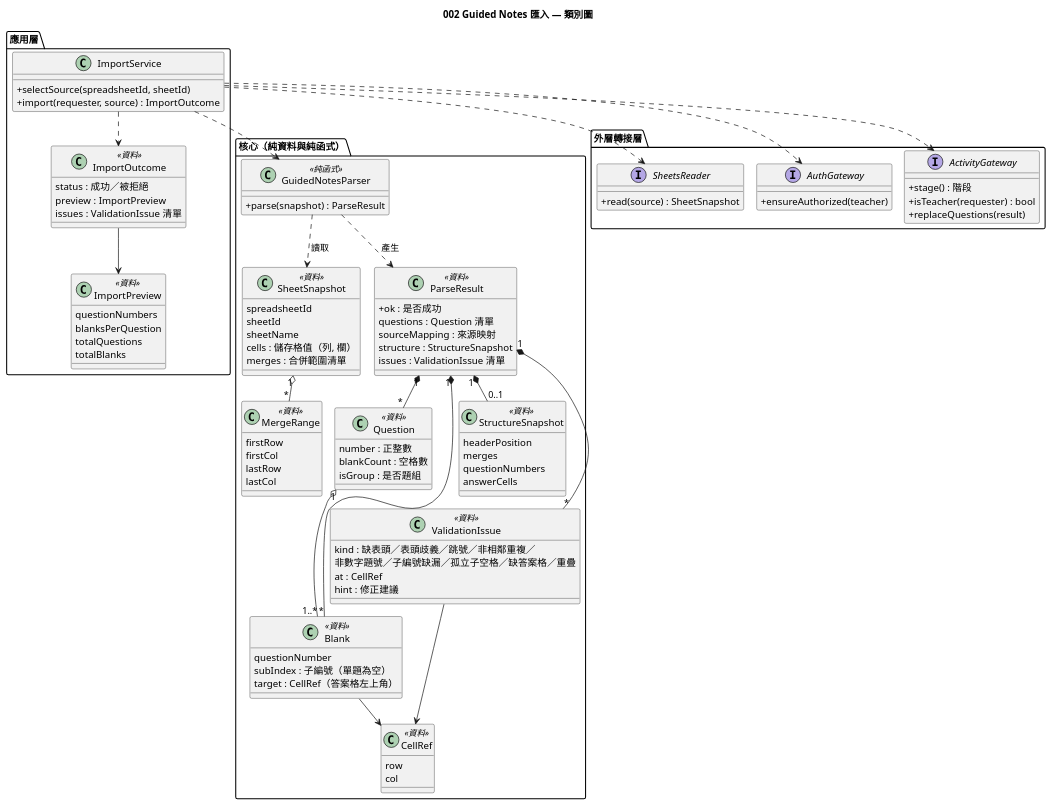
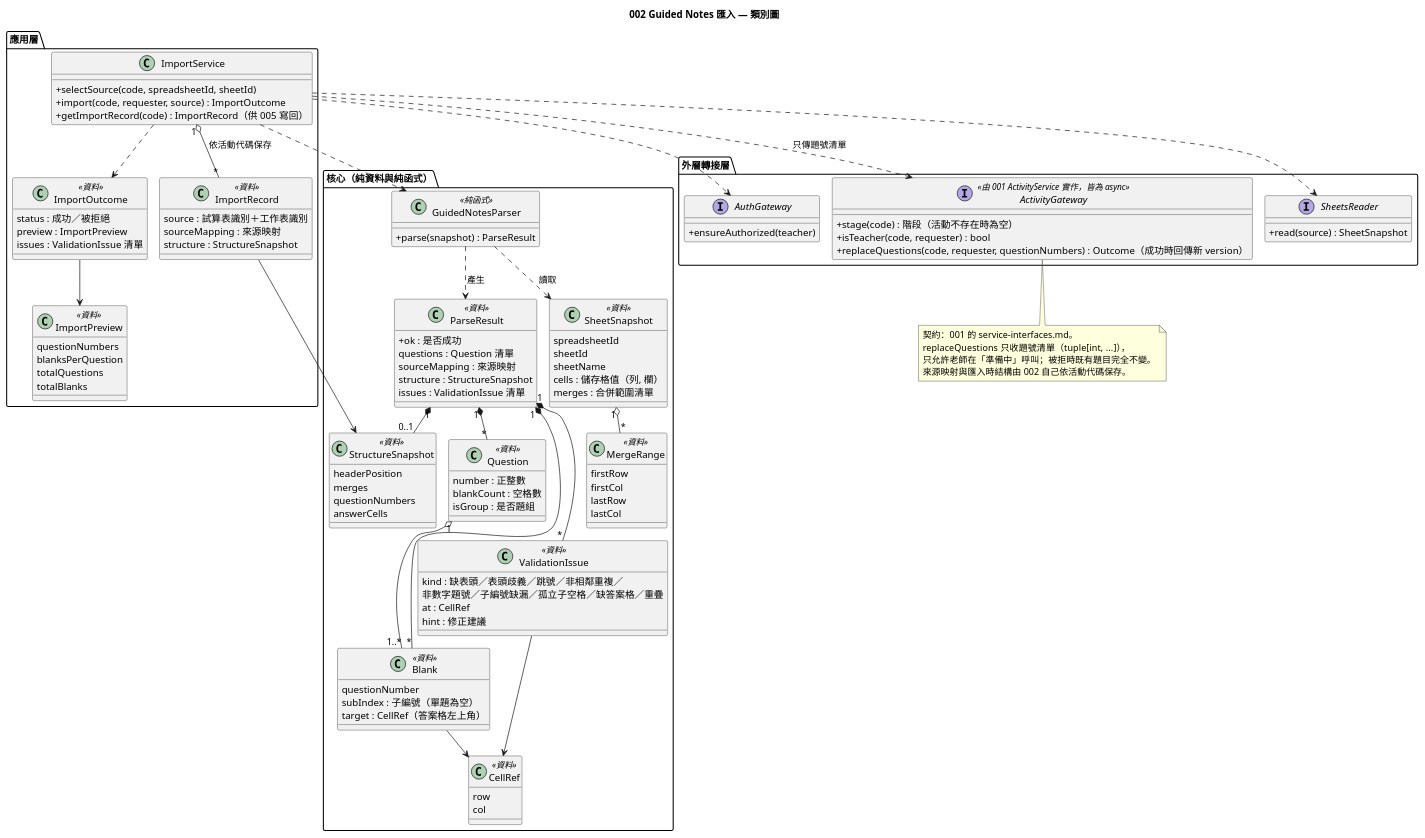
One commit to EricC430/lecture-answer-first_group16_speckit changed the diagram in diagrams/002-guided-notes-import-class.puml. Above: the diagram before and after it, drawn with PlantUML. The commit also changed 6 other files, not shown here.

First line of the commit message:
docs: 002 對齊 001 ActivityGateway 契約（帶活動代碼、只傳題號清單）

```diff
--- a/diagrams/002-guided-notes-import-class.puml
+++ b/diagrams/002-guided-notes-import-class.puml
@@ -1,118 +1,134 @@
 @startuml 002-guided-notes-import-class
 !pragma layout smetana
 skinparam defaultFontName "Microsoft JhengHei"
 skinparam classAttributeIconSize 0
 title 002 Guided Notes 匯入 — 類別圖
 
 package "核心（純資料與純函式）" {
   class SheetSnapshot <<資料>> {
     spreadsheetId
     sheetId
     sheetName
     cells : 儲存格值（列, 欄）
     merges : 合併範圍清單
   }
 
   class MergeRange <<資料>> {
     firstRow
     firstCol
     lastRow
     lastCol
   }
 
   class CellRef <<資料>> {
     row
     col
   }
 
   class GuidedNotesParser <<純函式>> {
     +parse(snapshot) : ParseResult
   }
 
   class ParseResult <<資料>> {
     +ok : 是否成功
     questions : Question 清單
     sourceMapping : 來源映射
     structure : StructureSnapshot
     issues : ValidationIssue 清單
   }
 
   class Question <<資料>> {
     number : 正整數
     blankCount : 空格數
     isGroup : 是否題組
   }
 
   class Blank <<資料>> {
     questionNumber
     subIndex : 子編號（單題為空）
     target : CellRef（答案格左上角）
   }
 
   class StructureSnapshot <<資料>> {
     headerPosition
     merges
     questionNumbers
     answerCells
   }
 
   class ValidationIssue <<資料>> {
     kind : 缺表頭／表頭歧義／跳號／非相鄰重複／
     非數字題號／子編號缺漏／孤立子空格／缺答案格／重疊
     at : CellRef
     hint : 修正建議
   }
 }
 
 package "應用層" {
   class ImportService {
-    +selectSource(spreadsheetId, sheetId)
-    +import(requester, source) : ImportOutcome
+    +selectSource(code, spreadsheetId, sheetId)
+    +import(code, requester, source) : ImportOutcome
+    +getImportRecord(code) : ImportRecord（供 005 寫回）
+  }
+
+  class ImportRecord <<資料>> {
+    source : 試算表識別＋工作表識別
+    sourceMapping : 來源映射
+    structure : StructureSnapshot
   }
 
   class ImportOutcome <<資料>> {
     status : 成功／被拒絕
     preview : ImportPreview
     issues : ValidationIssue 清單
   }
 
   class ImportPreview <<資料>> {
     questionNumbers
     blanksPerQuestion
     totalQuestions
     totalBlanks
   }
 }
 
 package "外層轉接層" {
   interface SheetsReader {
     +read(source) : SheetSnapshot
   }
   interface AuthGateway {
     +ensureAuthorized(teacher)
   }
-  interface ActivityGateway {
-    +stage() : 階段
-    +isTeacher(requester) : bool
-    +replaceQuestions(result)
+  interface ActivityGateway <<由 001 ActivityService 實作，皆為 async>> {
+    +stage(code) : 階段（活動不存在時為空）
+    +isTeacher(code, requester) : bool
+    +replaceQuestions(code, requester, questionNumbers) : Outcome（成功時回傳新 version）
   }
 }
+
+note bottom of ActivityGateway
+  契約：001 的 service-interfaces.md。
+  replaceQuestions 只收題號清單（tuple[int, ...]），
+  只允許老師在「準備中」呼叫；被拒時既有題目完全不變。
+  來源映射與匯入時結構由 002 自己依活動代碼保存。
+end note
 
 SheetSnapshot "1" o-- "*" MergeRange
 GuidedNotesParser ..> SheetSnapshot : 讀取
 GuidedNotesParser ..> ParseResult : 產生
 ParseResult "1" *-- "*" Question
 ParseResult "1" *-- "*" Blank
 ParseResult "1" *-- "0..1" StructureSnapshot
 ParseResult "1" *-- "*" ValidationIssue
 Question "1" o-- "1..*" Blank
 Blank --> CellRef
 ValidationIssue --> CellRef
 
 ImportService ..> GuidedNotesParser
 ImportService ..> SheetsReader
 ImportService ..> AuthGateway
-ImportService ..> ActivityGateway
+ImportService ..> ActivityGateway : 只傳題號清單
+ImportService "1" o-- "*" ImportRecord : 依活動代碼保存
+ImportRecord --> StructureSnapshot
 ImportService ..> ImportOutcome
 ImportOutcome --> ImportPreview
 @enduml
```
